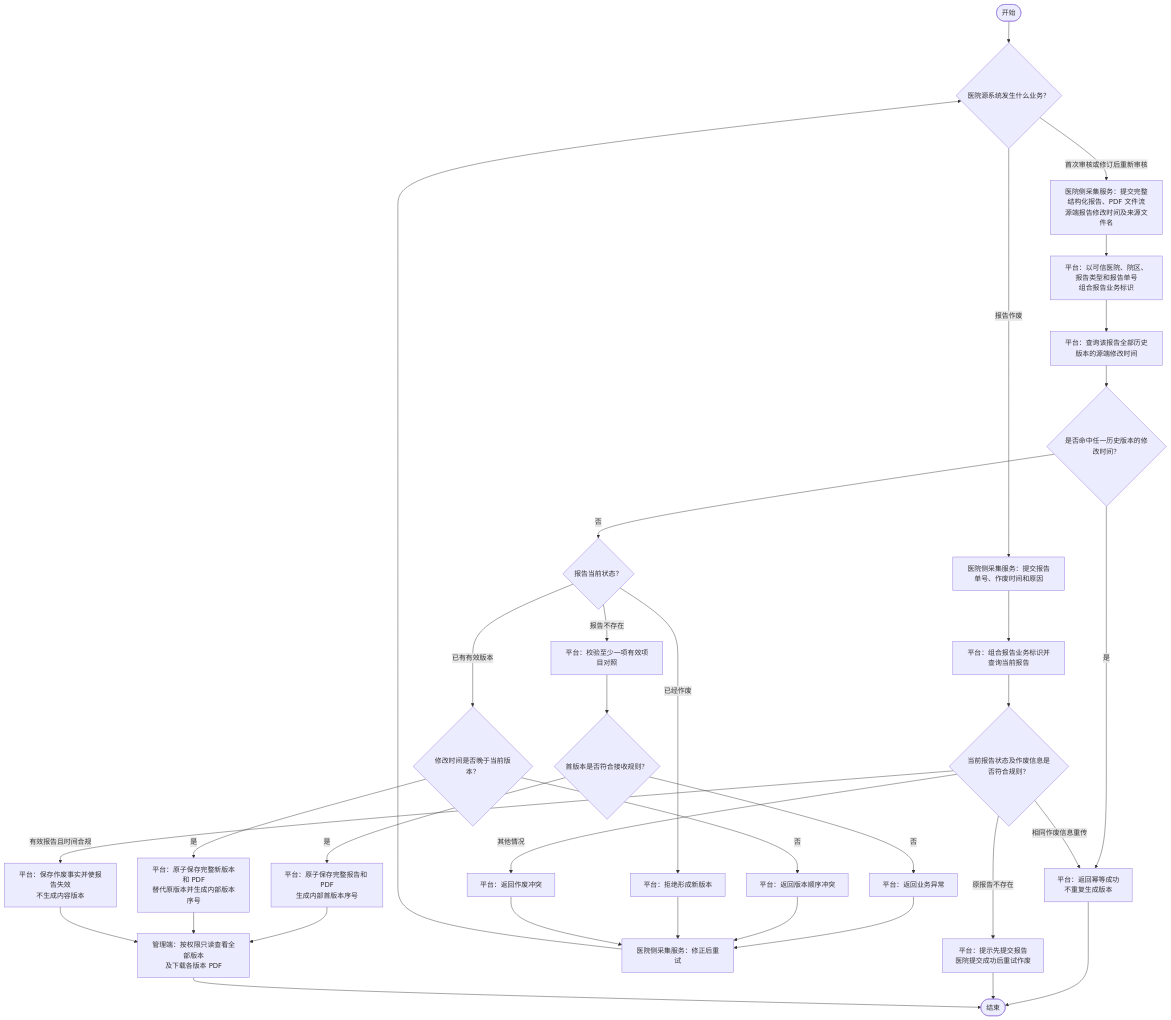
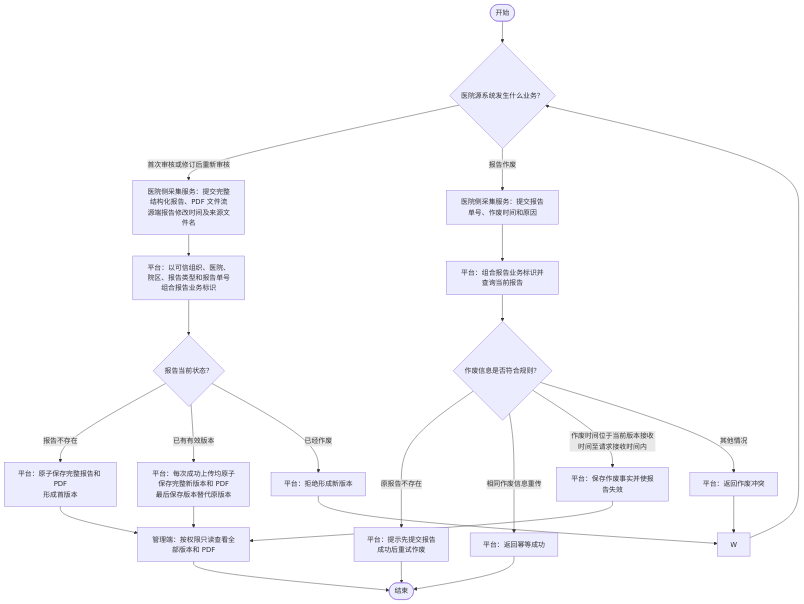
Before and after one commit to taskMain/Lis: the third of 4 diagrams in docs/业务流程图.md, drawn with Mermaid. The commit also changed other lines of this file and 446 other files, not shown here.

````diff
--- a/docs/业务流程图.md
+++ b/docs/业务流程图.md
@@ -99,36 +116,26 @@
 ```mermaid
 flowchart TD
     S([开始]) --> A{"医院源系统发生什么业务？"}
     A -- "首次审核或修订后重新审核" --> B["医院侧采集服务：提交完整结构化报告、PDF 文件流<br/>源端报告修改时间及来源文件名"]
     A -- "报告作废" --> C["医院侧采集服务：提交报告单号、作废时间和原因"]
-    B --> D["平台：以可信医院、院区、报告类型和报告单号<br/>组合报告业务标识"]
-    D --> E["平台：查询该报告全部历史版本的源端修改时间"]
-    E --> F{"是否命中任一历史版本的修改时间？"}
-    F -- "是" --> G["平台：返回幂等成功<br/>不重复生成版本"]
-    F -- "否" --> H{"报告当前状态？"}
-    H -- "报告不存在" --> I["平台：校验至少一项有效项目对照"]
-    I --> J{"首版本是否符合接收规则？"}
-    J -- "否" --> K["平台：返回业务异常"]
-    J -- "是" --> L["平台：原子保存完整报告和 PDF<br/>生成内部首版本序号"]
-    H -- "已有有效版本" --> M{"修改时间是否晚于当前版本？"}
-    M -- "否" --> N["平台：返回版本顺序冲突"]
-    M -- "是" --> O["平台：原子保存完整新版本和 PDF<br/>替代原版本并生成内部版本序号"]
+    B --> D["平台：以可信组织、医院、院区、报告类型和报告单号<br/>组合报告业务标识"]
+    D --> H{"报告当前状态？"}
+    H -- "报告不存在" --> L["平台：原子保存完整报告和 PDF<br/>形成首版本"]
+    H -- "已有有效版本" --> O["平台：每次成功上传均原子保存完整新版本和 PDF<br/>最后保存版本替代原版本"]
     H -- "已经作废" --> P["平台：拒绝形成新版本"]
     C --> Q["平台：组合报告业务标识并查询当前报告"]
-    Q --> R{"当前报告状态及作废信息是否符合规则？"}
-    R -- "原报告不存在" --> S1["平台：提示先提交报告<br/>医院提交成功后重试作废"]
-    R -- "相同作废信息重传" --> G
-    R -- "有效报告且时间合规" --> T["平台：保存作废事实并使报告失效<br/>不生成内容版本"]
-    R -- "其他情况" --> U["平台：返回作废冲突"]
-    K --> V["医院侧采集服务：修正后重试"]
-    N --> V
-    P --> V
-    U --> V
-    V --> A
-    L --> W["管理端：按权限只读查看全部版本<br/>及下载各版本 PDF"]
-    O --> W
-    T --> W
+    Q --> R{"作废信息是否符合规则？"}
+    R -- "原报告不存在" --> T["平台：提示先提交报告<br/>成功后重试作废"]
+    R -- "相同作废信息重传" --> G["平台：返回幂等成功"]
+    R -- "作废时间位于当前版本接收时间至请求接收时间内" --> U["平台：保存作废事实并使报告失效"]
+    R -- "其他情况" --> V["平台：返回作废冲突"]
+    P --> W
+    V --> W
+    W --> A
+    L --> X["管理端：按权限只读查看全部版本和 PDF"]
+    O --> X
+    U --> X
     G --> END([结束])
-    S1 --> END
-    W --> END
+    T --> END
+    X --> END
 ```
````
